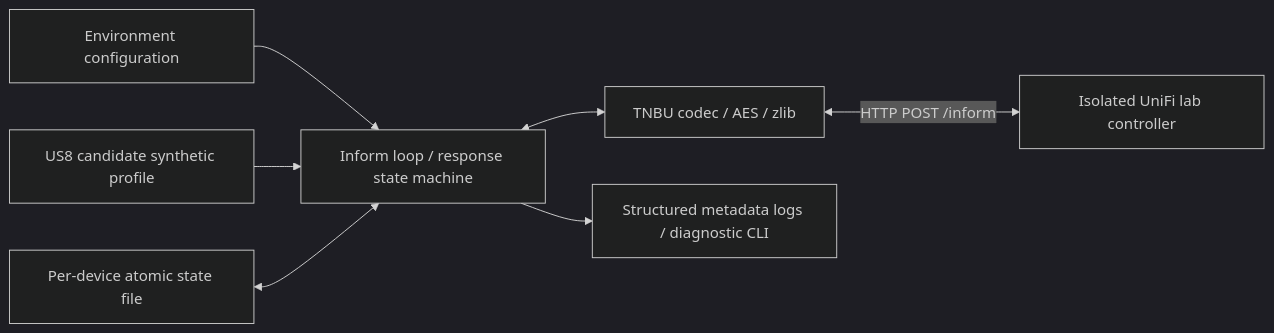
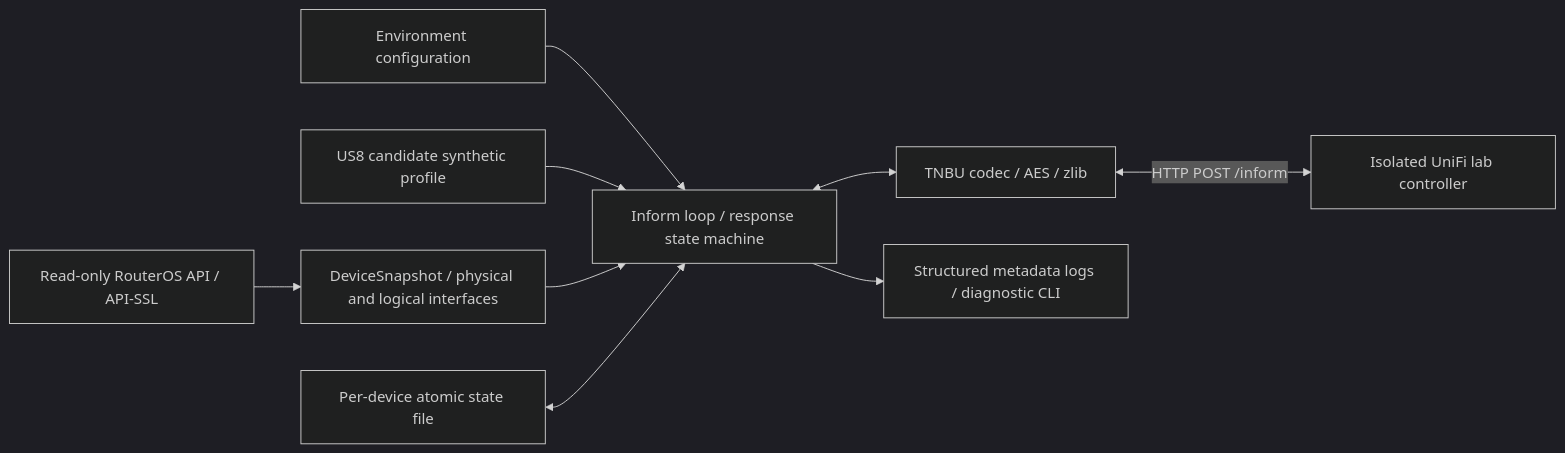
Before and after one commit to Fundryi/unifi-simulator: the diagram in docs/architecture.md, drawn with Mermaid (dark theme). The commit also changed other lines of this file and 27 other files, not shown here.

Commit message:
feat: collect read-only RouterOS 7.24+ telemetry through native API

````diff
--- a/docs/architecture.md
+++ b/docs/architecture.md
@@ -6,9 +7,11 @@
 ```mermaid
 flowchart LR
     Env[Environment configuration] --> Emulator[Inform loop / response state machine]
     Synthetic[US8 candidate synthetic profile] --> Emulator
+    RouterOS[Read-only RouterOS API / API-SSL] --> Normalized[DeviceSnapshot / physical and logical interfaces]
+    Normalized --> Emulator
     Store[Per-device atomic state file] <--> Emulator
     Emulator <--> Codec[TNBU codec / AES / zlib]
     Codec <-->|HTTP POST /inform| Controller[Isolated UniFi lab controller]
     Emulator --> Diagnostics[Structured metadata logs / diagnostic CLI]
 ```
````
